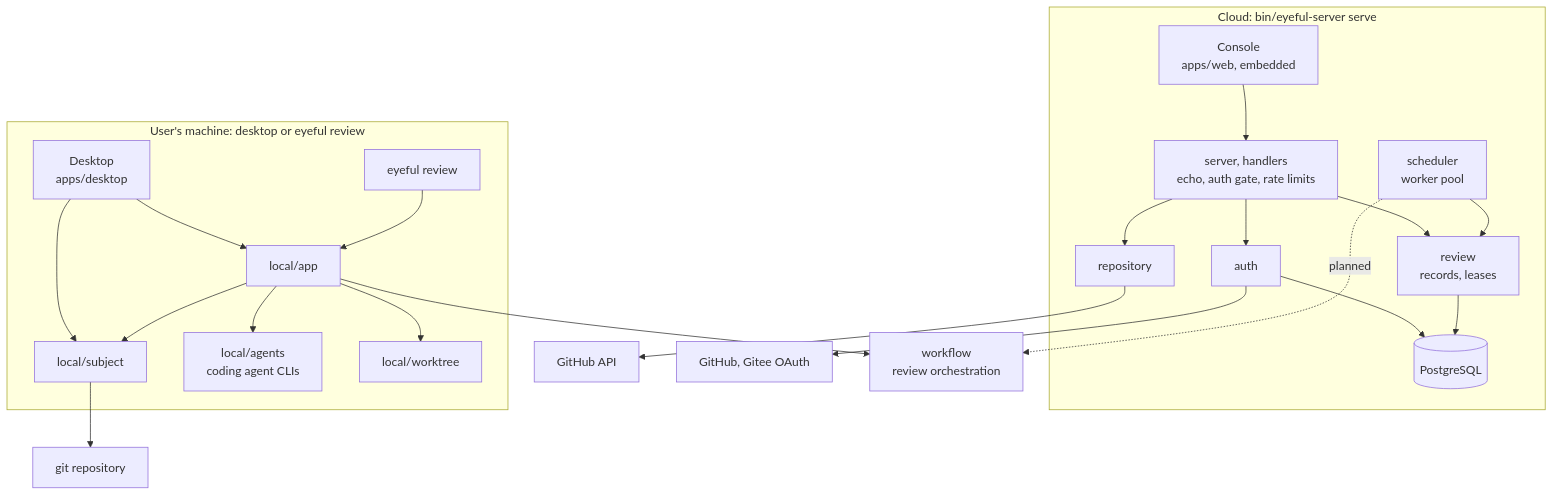
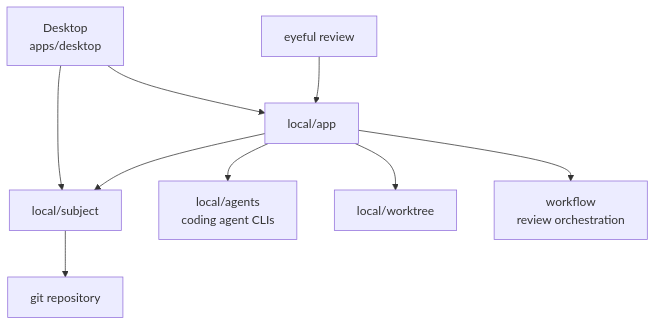
One commit to Pleasurecruise/eyeful changed the first of 2 diagrams in docs/ARCHITECTURE.md. Above: the diagram before and after it, drawn with Mermaid. The commit also changed other lines of this file and 212 other files, not shown here.

First line of the commit message:
refactor(cloud): move the server into its own module and count cached tokens

````diff
--- a/docs/ARCHITECTURE.md
+++ b/docs/ARCHITECTURE.md
@@ -10,23 +9,9 @@
 ```mermaid
 flowchart TB
-    subgraph cloud["Cloud: bin/eyeful-server serve"]
-        console["Console<br/>apps/web, embedded"] --> server["server, handlers<br/>echo, auth gate, rate limits"]
-        server --> auth["auth"] & review["review<br/>records, leases"] & repository["repository"]
-        scheduler["scheduler<br/>worker pool"] --> review
-        auth & review --> pg[("PostgreSQL")]
-    end
-    repository --> github["GitHub API"]
-    auth --> providers["GitHub, Gitee OAuth"]
-
-    subgraph machine["User's machine: desktop or eyeful review"]
-        desktop["Desktop<br/>apps/desktop"] --> subject["local/subject"]
-        desktop --> lapp
-        cli["eyeful review"] --> lapp["local/app"]
-        lapp --> subject & agents["local/agents<br/>coding agent CLIs"] & tree["local/worktree"]
-    end
-    cloud ~~~ machine
+    desktop["Desktop<br/>apps/desktop"] --> subject["local/subject"]
+    desktop --> lapp
+    cli["eyeful review"] --> lapp["local/app"]
+    lapp --> subject & agents["local/agents<br/>coding agent CLIs"] & tree["local/worktree"]
     subject --> git["git repository"]
-    workflow["workflow<br/>review orchestration"]
-    scheduler -.->|planned| workflow
-    lapp --> workflow
+    lapp --> workflow["workflow<br/>review orchestration"]
 ```
````
